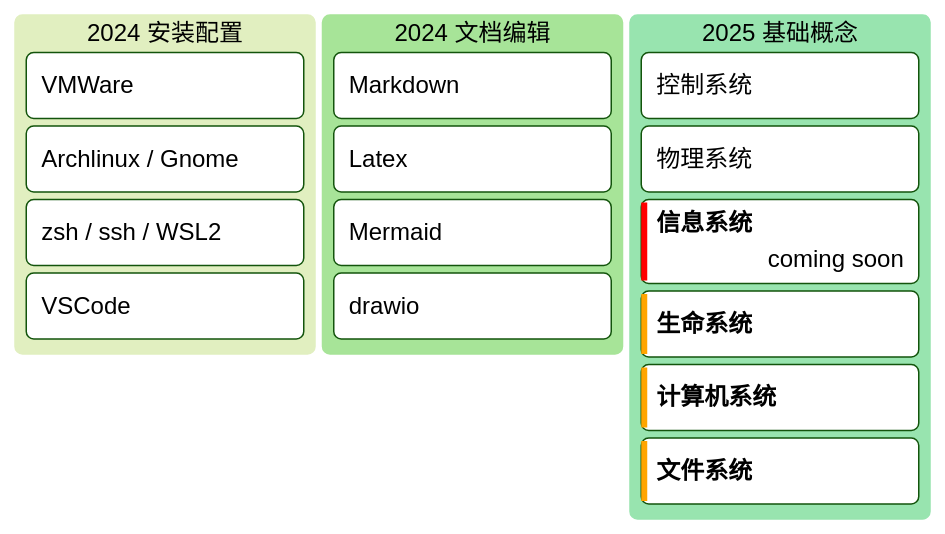
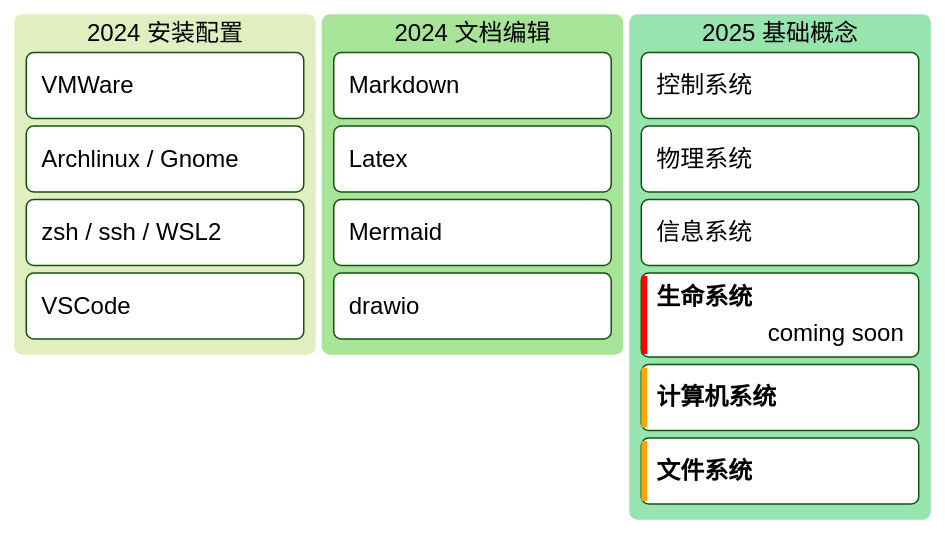
The diagram in README.md (StevenBaby/linux_detail), drawn with Mermaid (forest theme) before and after one commit. The commit also changed other lines of this file and 4 other files, not shown here.

````diff
--- a/README.md
+++ b/README.md
@@ -9,20 +9,20 @@
 ```mermaid
 kanban
   [2024 安装配置]
     [VMWare]
     [Archlinux / Gnome]
     [zsh / ssh / WSL2]
     [VSCode]
   [2024 文档编辑]
     [Markdown]
     [Latex]
     [Mermaid]
     [drawio]
   [2025 基础概念]
     [控制系统]
     [物理系统]
-    [**信息系统**]@{assigned: coming soon, priority: 'Very High' }
-    [**生命系统**]@{priority: 'High' }
+    [信息系统]
+    [**生命系统**]@{assigned: coming soon, priority: 'Very High' }
     [**计算机系统**]@{priority: 'High' }
     [**文件系统**]@{priority: 'High' }
 ```
````
